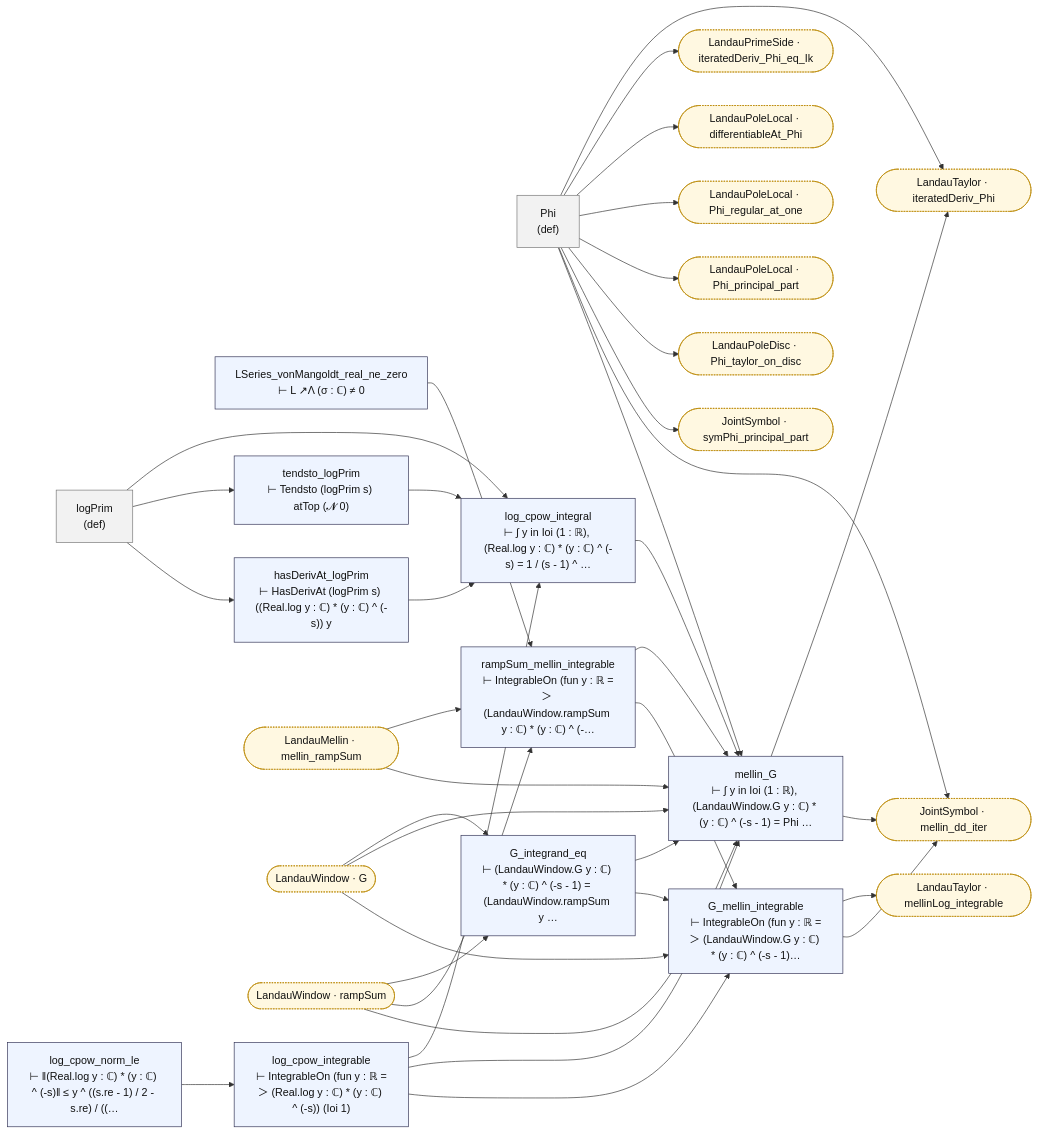
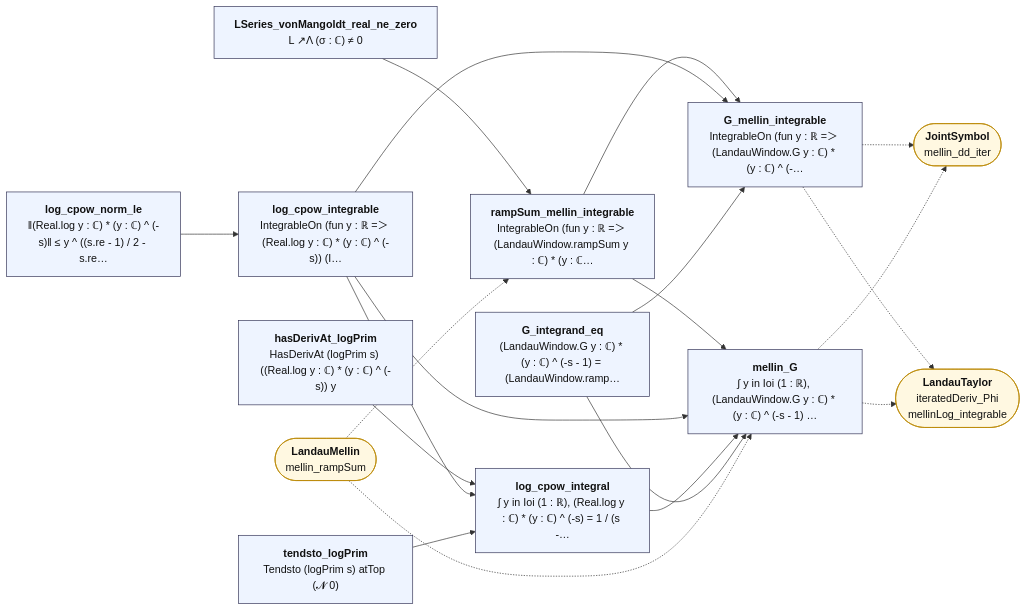
Before and after one commit to juliansambranojr/Primebeat_081426: the diagram in map/lean_stage3/LandauMellinG.md, drawn with Mermaid. The commit also changed other lines of this file and 387 other files, not shown here.

````diff
--- a/map/lean_stage3/LandauMellinG.md
+++ b/map/lean_stage3/LandauMellinG.md
@@ -8,69 +12,39 @@
 ```mermaid
 flowchart LR
-  n0["Phi<br/>(def)"]:::dfn
-  n1["LSeries_vonMangoldt_real_ne_zero<br/>⊢ L ↗Λ (σ : ℂ) ≠ 0"]:::thm
-  n2["rampSum_mellin_integrable<br/>⊢ IntegrableOn (fun y : ℝ =＞ (LandauWindow.rampSum y : ℂ) * (y : ℂ) ^ (-…"]:::thm
-  n3["logPrim<br/>(def)"]:::dfn
-  n4["hasDerivAt_logPrim<br/>⊢ HasDerivAt (logPrim s) ((Real.log y : ℂ) * (y : ℂ) ^ (-s)) y"]:::thm
-  n5["log_cpow_norm_le<br/>⊢ ‖(Real.log y : ℂ) * (y : ℂ) ^ (-s)‖ ≤ y ^ ((s.re - 1) / 2 - s.re) / ((…"]:::thm
-  n6["log_cpow_integrable<br/>⊢ IntegrableOn (fun y : ℝ =＞ (Real.log y : ℂ) * (y : ℂ) ^ (-s)) (Ioi 1)"]:::thm
-  n7["tendsto_logPrim<br/>⊢ Tendsto (logPrim s) atTop (𝓝 0)"]:::thm
-  n8["log_cpow_integral<br/>⊢ ∫ y in Ioi (1 : ℝ), (Real.log y : ℂ) * (y : ℂ) ^ (-s) = 1 / (s - 1) ^ …"]:::thm
-  n9["G_integrand_eq<br/>⊢ (LandauWindow.G y : ℂ) * (y : ℂ) ^ (-s - 1) = (LandauWindow.rampSum y …"]:::thm
-  n10["G_mellin_integrable<br/>⊢ IntegrableOn (fun y : ℝ =＞ (LandauWindow.G y : ℂ) * (y : ℂ) ^ (-s - 1)…"]:::thm
-  n11["mellin_G<br/>⊢ ∫ y in Ioi (1 : ℝ), (LandauWindow.G y : ℂ) * (y : ℂ) ^ (-s - 1) = Phi …"]:::thm
-  x0(["JointSymbol · mellin_dd_iter"]):::ext
-  x1(["JointSymbol · symPhi_principal_part"]):::ext
-  x2(["LandauMellin · mellin_rampSum"]):::ext
-  x3(["LandauPoleDisc · Phi_taylor_on_disc"]):::ext
-  x4(["LandauPoleLocal · Phi_principal_part"]):::ext
-  x5(["LandauPoleLocal · Phi_regular_at_one"]):::ext
-  x6(["LandauPoleLocal · differentiableAt_Phi"]):::ext
-  x7(["LandauPrimeSide · iteratedDeriv_Phi_eq_Ik"]):::ext
-  x8(["LandauTaylor · iteratedDeriv_Phi"]):::ext
-  x9(["LandauTaylor · mellinLog_integrable"]):::ext
-  x10(["LandauWindow · G"]):::ext
-  x11(["LandauWindow · rampSum"]):::ext
-  n0 --> n11
-  n0 --> x0
-  n0 --> x1
-  n0 --> x3
-  n0 --> x4
-  n0 --> x5
-  n0 --> x6
-  n0 --> x7
-  n0 --> x8
-  n1 --> n2
-  n10 --> x0
-  n10 --> x9
-  n11 --> x0
-  n11 --> x8
-  n2 --> n10
-  n2 --> n11
+  n0["<b>LSeries_vonMangoldt_real_ne_zero</b><br/>L ↗Λ (σ : ℂ) ≠ 0"]:::thm
+  n1["<b>rampSum_mellin_integrable</b><br/>IntegrableOn (fun y : ℝ =＞ (LandauWindow.rampSum y : ℂ) * (y : ℂ…"]:::thm
+  n2["<b>hasDerivAt_logPrim</b><br/>HasDerivAt (logPrim s) ((Real.log y : ℂ) * (y : ℂ) ^ (-s)) y"]:::thm
+  n3["<b>log_cpow_norm_le</b><br/>‖(Real.log y : ℂ) * (y : ℂ) ^ (-s)‖ ≤ y ^ ((s.re - 1) / 2 - s.re…"]:::thm
+  n4["<b>log_cpow_integrable</b><br/>IntegrableOn (fun y : ℝ =＞ (Real.log y : ℂ) * (y : ℂ) ^ (-s)) (I…"]:::thm
+  n5["<b>tendsto_logPrim</b><br/>Tendsto (logPrim s) atTop (𝓝 0)"]:::thm
+  n6["<b>log_cpow_integral</b><br/>∫ y in Ioi (1 : ℝ), (Real.log y : ℂ) * (y : ℂ) ^ (-s) = 1 / (s -…"]:::thm
+  n7["<b>G_integrand_eq</b><br/>(LandauWindow.G y : ℂ) * (y : ℂ) ^ (-s - 1) = (LandauWindow.ramp…"]:::thm
+  n8["<b>G_mellin_integrable</b><br/>IntegrableOn (fun y : ℝ =＞ (LandauWindow.G y : ℂ) * (y : ℂ) ^ (-…"]:::thm
+  n9["<b>mellin_G</b><br/>∫ y in Ioi (1 : ℝ), (LandauWindow.G y : ℂ) * (y : ℂ) ^ (-s - 1) …"]:::thm
+  x0(["<b>LandauMellin</b><br/>mellin_rampSum"]):::ext
+  x1(["<b>JointSymbol</b><br/>mellin_dd_iter"]):::ext
+  x2(["<b>LandauTaylor</b><br/>iteratedDeriv_Phi<br/>mellinLog_integrable"]):::ext
+  n0 --> n1
+  n1 --> n8
+  n1 --> n9
+  n2 --> n6
   n3 --> n4
-  n3 --> n7
-  n3 --> n8
+  n4 --> n6
   n4 --> n8
+  n4 --> n9
   n5 --> n6
-  n6 --> n10
-  n6 --> n11
-  n6 --> n8
+  n6 --> n9
   n7 --> n8
-  n8 --> n11
-  n9 --> n10
-  n9 --> n11
-  x10 --> n10
-  x10 --> n11
-  x10 --> n9
-  x11 --> n11
-  x11 --> n2
-  x11 --> n9
-  x2 --> n11
-  x2 --> n2
+  n7 --> n9
+  n8 -.-> x1
+  n8 -.-> x2
+  n9 -.-> x1
+  n9 -.-> x2
+  x0 -.-> n1
+  x0 -.-> n9
   classDef thm fill:#eef4ff,stroke:#335,color:#111
-  classDef dfn fill:#f2f2f2,stroke:#777,color:#111
   classDef end_ fill:#e7f7e7,stroke:#2a7,color:#111,stroke-width:2px
   classDef lone fill:#fff,stroke:#999,color:#111,stroke-dasharray:4 3
   classDef bad fill:#ffe5e5,stroke:#c22,color:#111,stroke-width:2px
-  classDef ext fill:#fff8e1,stroke:#b80,color:#111,stroke-dasharray:2 2
+  classDef ext fill:#fff8e1,stroke:#b80,color:#111
 ```
````
